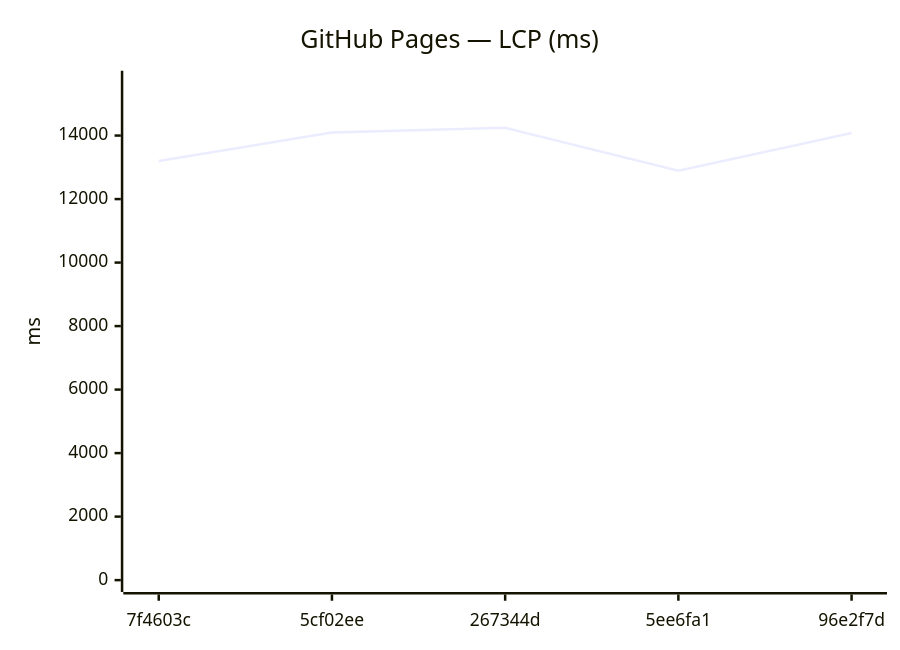
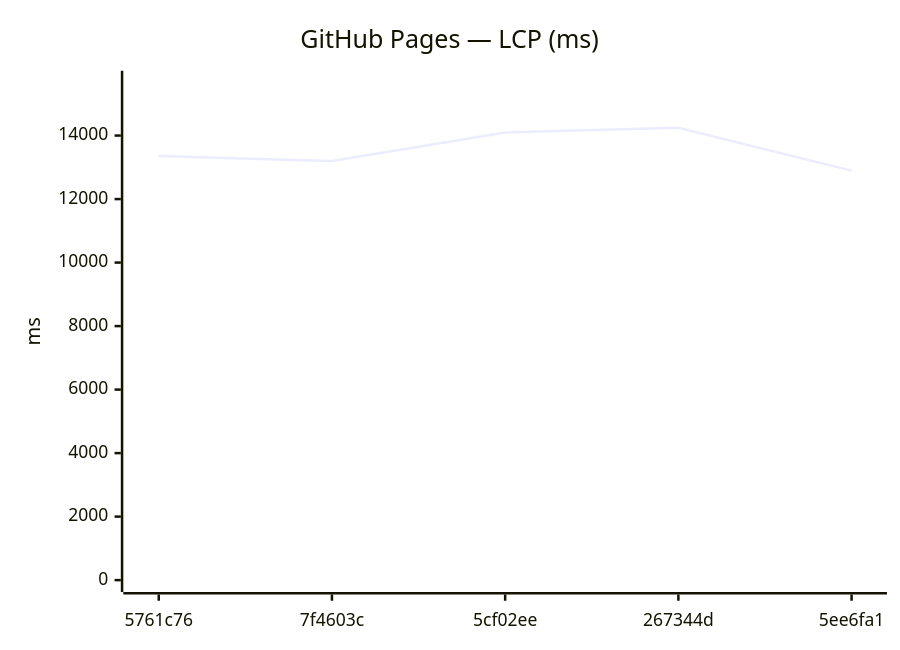
One commit to Metaheurist/Rianell changed the ninth of 18 diagrams in benchmarks/compare.md. Above: the diagram before and after it, drawn with Mermaid. The commit also changed other lines of this file and 11 other files, not shown here.

````diff
--- a/benchmarks/compare.md
+++ b/benchmarks/compare.md
@@ -142,7 +142,7 @@
 ```mermaid
 xychart-beta
     title "GitHub Pages — LCP (ms)"
-    x-axis ["7f4603c", "5cf02ee", "267344d", "5ee6fa1", "96e2f7d"]
+    x-axis ["5761c76", "7f4603c", "5cf02ee", "267344d", "5ee6fa1"]
     y-axis "ms" 0 --> 15667
-    line [13197, 14098, 14242, 12895, 14078]
+    line [13355, 13197, 14098, 14242, 12895]
 ```
````
